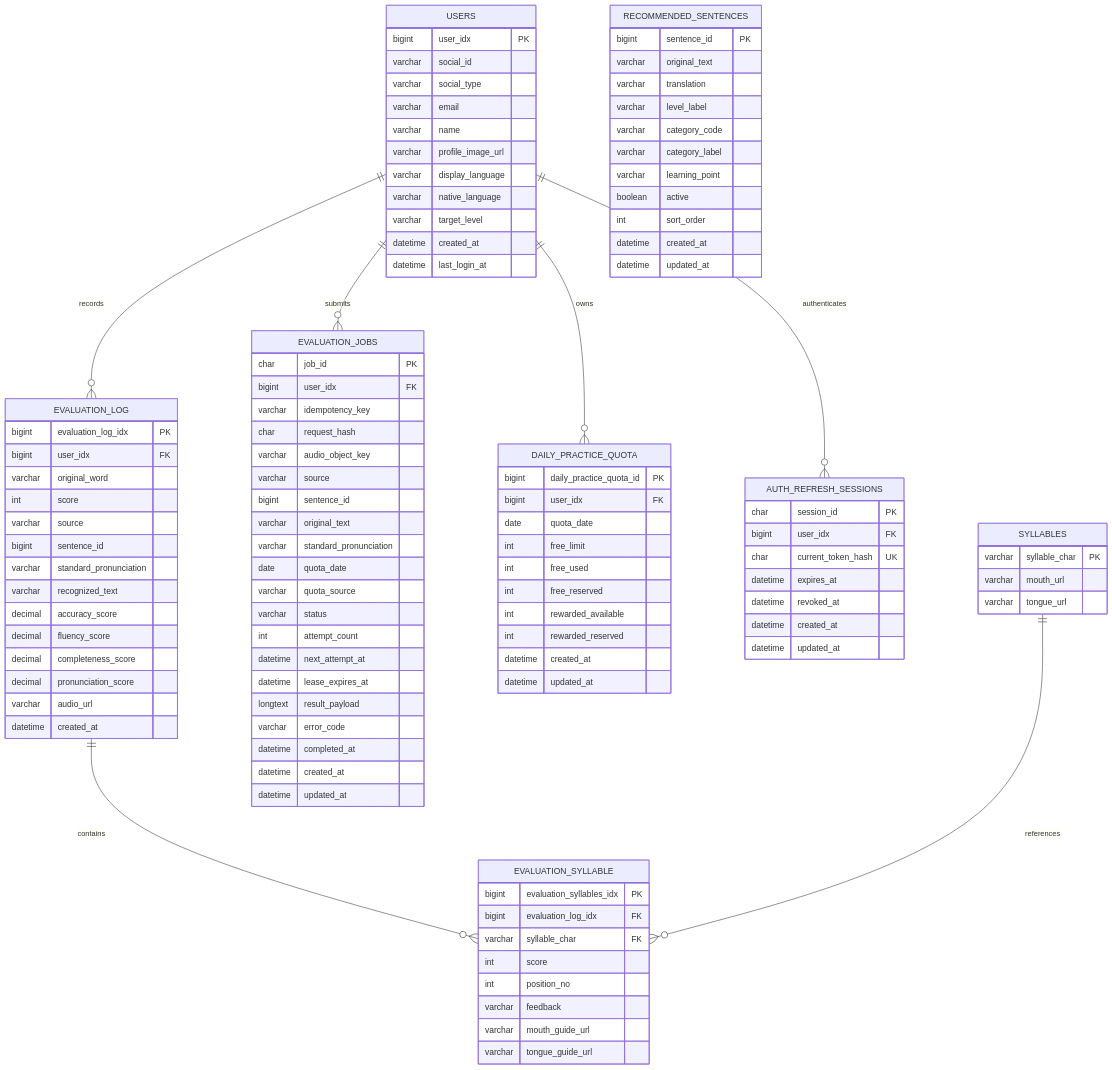
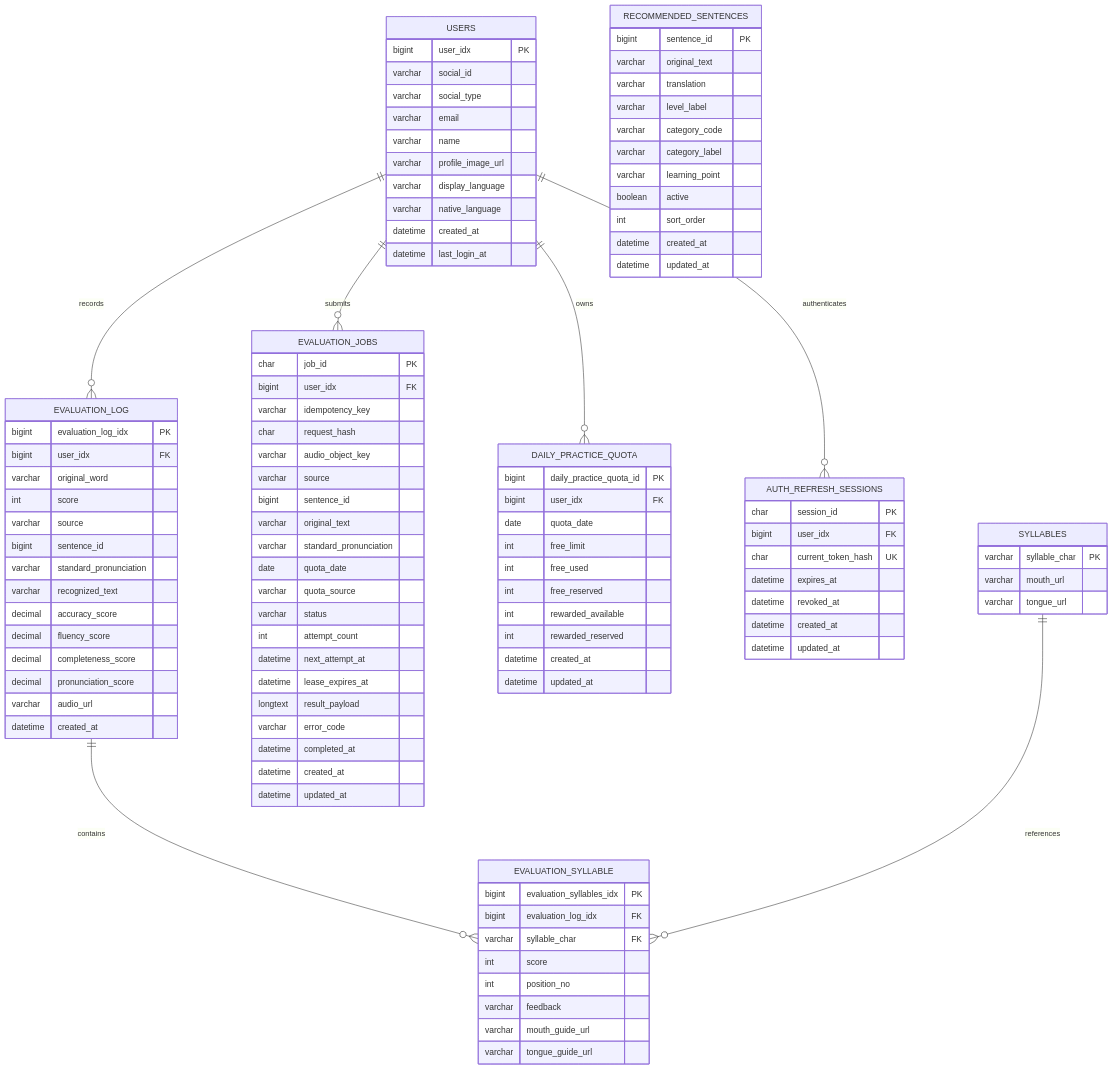
One commit to byeok99/LingKo changed the diagram in docs/data/data-model.md. Above: the diagram before and after it, drawn with Mermaid. The commit also changed 32 other files, not shown here.

```diff
--- a/docs/data/data-model.md
+++ b/docs/data/data-model.md
@@ -34,7 +34,6 @@
       varchar profile_image_url
       varchar display_language
       varchar native_language
-      varchar target_level
       datetime created_at
       datetime last_login_at
     }
```
